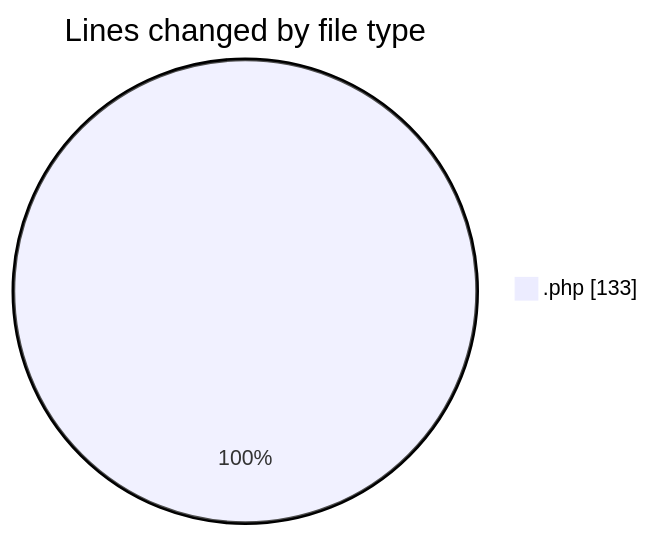
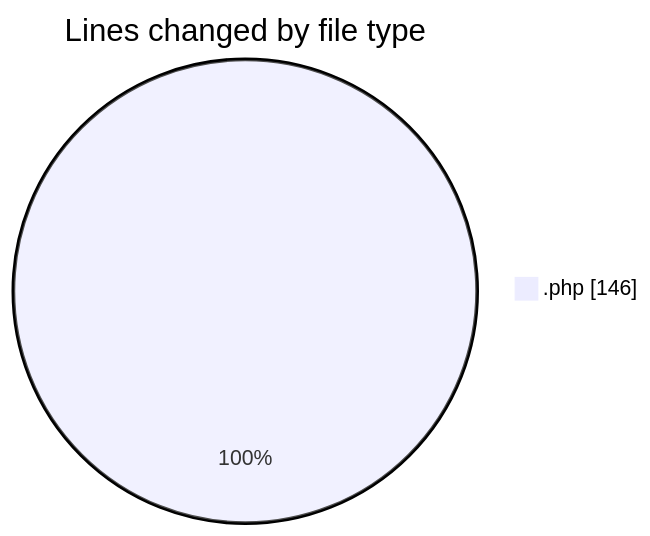
Before and after one commit to LanceThiago/code-tracking: the first of 2 diagrams in 2025-05-14/web/README.md, drawn with Mermaid. The commit also changed other lines of this file and 1 other file, not shown here.

````diff
--- a/2025-05-14/web/README.md
+++ b/2025-05-14/web/README.md
@@ -20,5 +20,5 @@
 ```mermaid
 pie showData
 title Lines changed by file type
-".php" : 133
+".php" : 146
 ```
````
